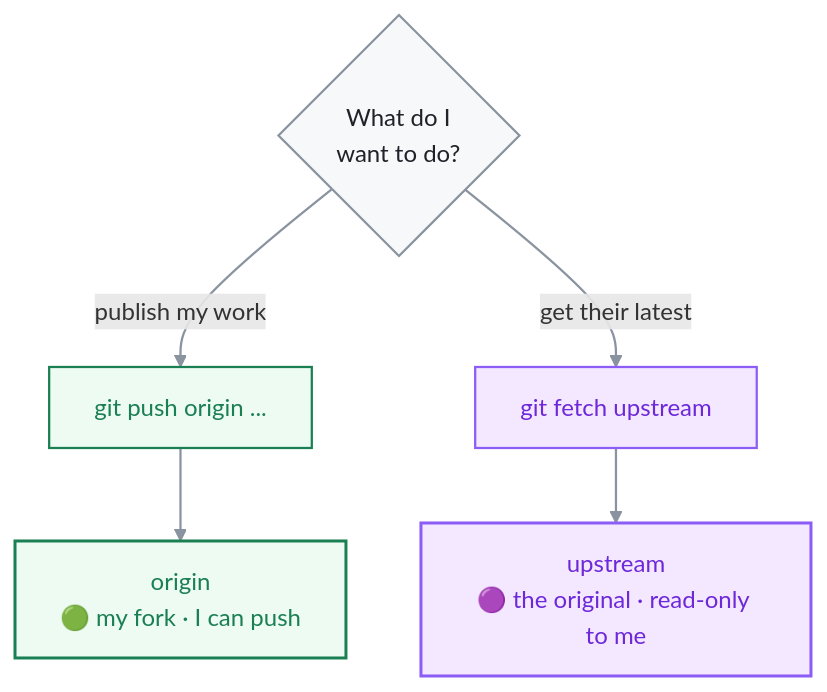
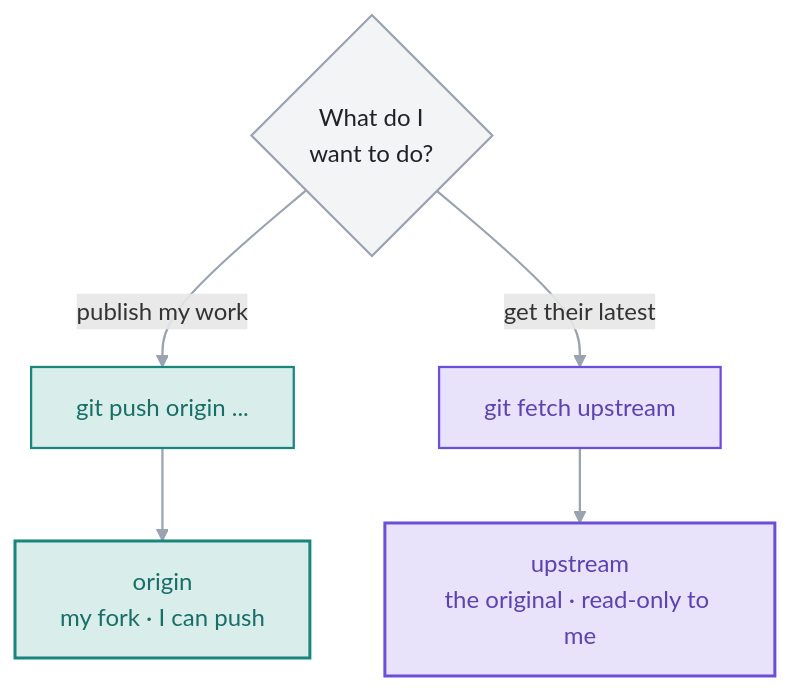
Before and after one commit to rehmanhaseeb2345-bit/Git: the diagram in 09-pull-requests-and-open-source/README.md, drawn with Mermaid. The commit also changed other lines of this file and 32 other files, not shown here.

First line of the commit message:
Restyle the whole repo: lighter personal notes + redrawn diagrams

````diff
--- a/09-pull-requests-and-open-source/README.md
+++ b/09-pull-requests-and-open-source/README.md
@@ -78,14 +57,14 @@
 ```mermaid
 flowchart TD
   Q{"What do I<br/>want to do?"}
   Q -->|publish my work| PUSH["git push origin ..."]
   Q -->|get their latest| FETCH["git fetch upstream"]
-  PUSH --> O["origin<br/>🟢 my fork · I can push"]
-  FETCH --> U["upstream<br/>🟣 the original · read-only to me"]
-  style Q fill:#f6f8fa,stroke:#8a93a0,stroke-width:1.5px,color:#1f2328
-  style PUSH fill:#edfbf3,stroke:#1a7f52,stroke-width:1.5px,color:#1a7f52
-  style FETCH fill:#f3e8ff,stroke:#8b5cf6,stroke-width:1.5px,color:#6d28d9
-  style O fill:#edfbf3,stroke:#1a7f52,stroke-width:2px,color:#1a7f52
-  style U fill:#f3e8ff,stroke:#8b5cf6,stroke-width:2px,color:#6d28d9
-  linkStyle default stroke:#8a93a0,stroke-width:1.5px
+  PUSH --> O["origin<br/>my fork · I can push"]
+  FETCH --> U["upstream<br/>the original · read-only to me"]
+  style Q fill:#F3F4F6,stroke:#9AA3AF,stroke-width:1.5px,color:#1f2328
+  style PUSH fill:#D9EEEB,stroke:#19857C,stroke-width:1.5px,color:#196E67
+  style FETCH fill:#E8E2FB,stroke:#6B4FD8,stroke-width:1.5px,color:#5B43B0
+  style O fill:#D9EEEB,stroke:#19857C,stroke-width:2px,color:#196E67
+  style U fill:#E8E2FB,stroke:#6B4FD8,stroke-width:2px,color:#5B43B0
+  linkStyle default stroke:#9AA3AF,stroke-width:1.5px
 ```
````
